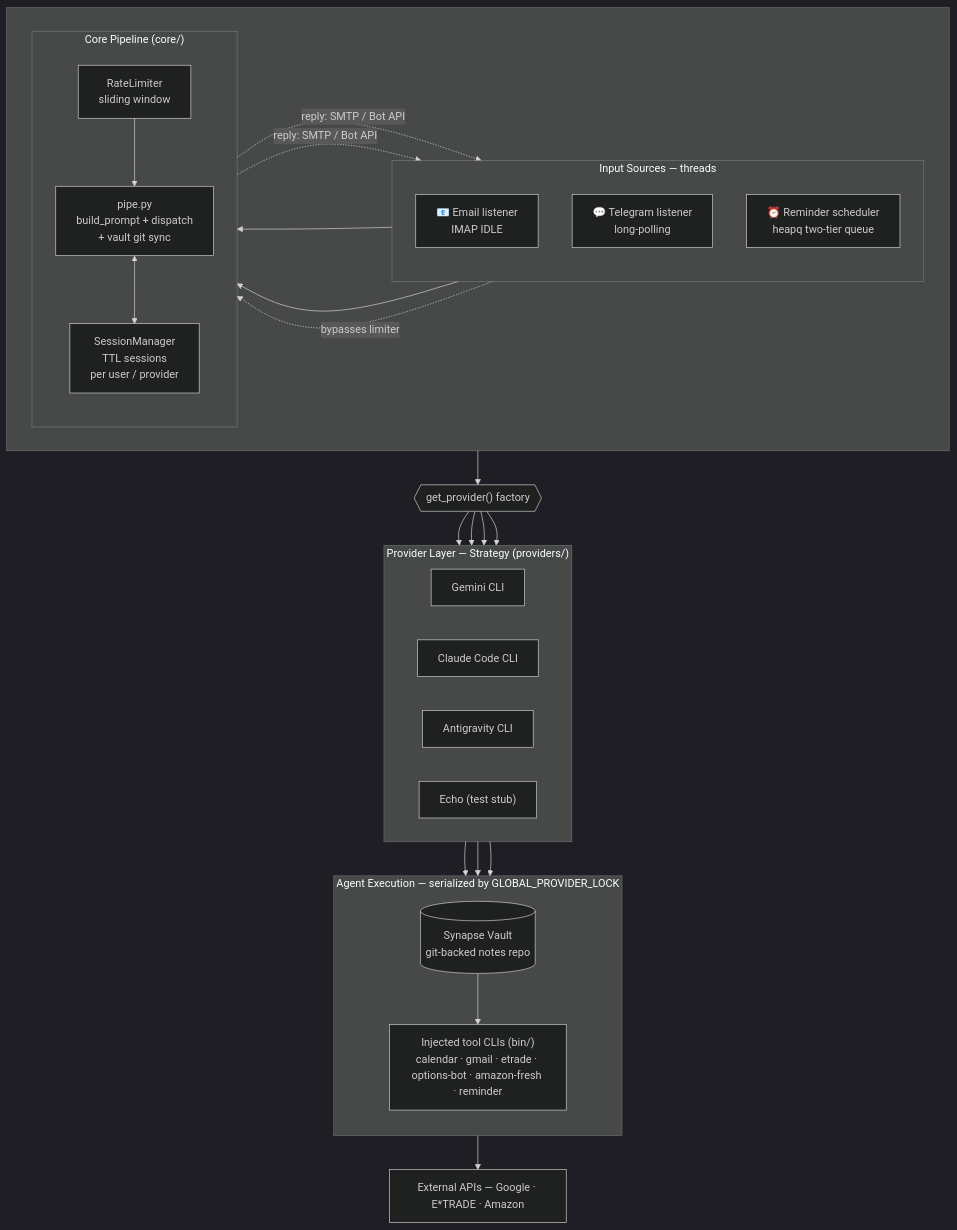
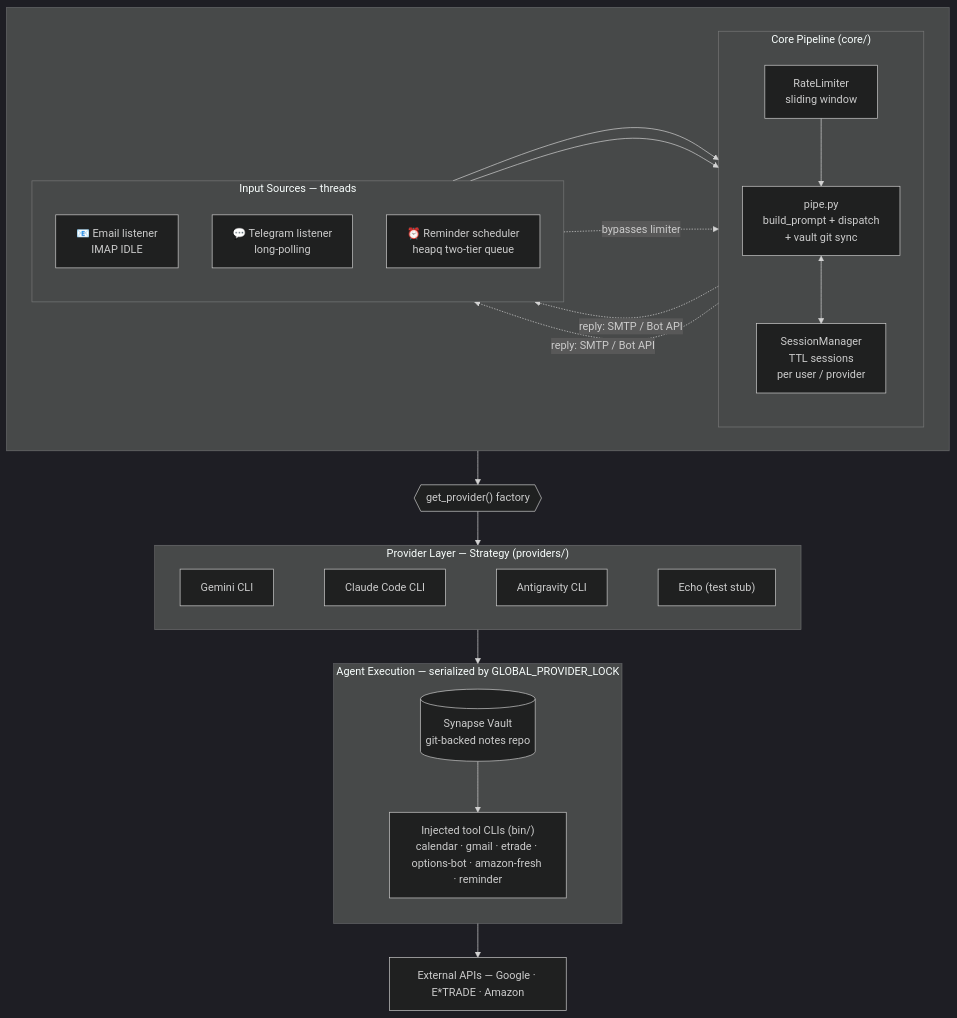
Before and after one commit to kristianolsson/synapse-engine: the diagram in README.md, drawn with Mermaid (dark theme).

Commit message:
Fix architecture diagram layout: inputs left, core right, providers horizontal
- Swap top-row order so Input Sources sits left of Core Pipeline
- Wire factory/agent via subgraph-level edges (+ invisible node chain)
  so the Provider Layer CLIs lay out horizontally instead of stacking
Verified via mermaid-cli render before commit.

````diff
--- a/README.md
+++ b/README.md
@@ -22,48 +22,49 @@
 ```mermaid
 flowchart TB
     subgraph top[" "]
         direction LR
-        subgraph inputs["Input Sources — threads"]
-            direction TB
-            EM["📧 Email listener<br/>IMAP IDLE"]
-            TG["💬 Telegram listener<br/>long-polling"]
-            SC["⏰ Reminder scheduler<br/>heapq two-tier queue"]
-        end
         subgraph core["Core Pipeline (core/)"]
             direction TB
             RL["RateLimiter<br/>sliding window"]
             PIPE["pipe.py<br/>build_prompt + dispatch<br/>+ vault git sync"]
             SM["SessionManager<br/>TTL sessions<br/>per user / provider"]
             RL --> PIPE
             PIPE <--> SM
+        end
+        subgraph inputs["Input Sources — threads"]
+            direction TB
+            EM["📧 Email listener<br/>IMAP IDLE"]
+            TG["💬 Telegram listener<br/>long-polling"]
+            SC["⏰ Reminder scheduler<br/>heapq two-tier queue"]
         end
     end
 
     FACT{{"get_provider() factory"}}
 
     subgraph prov["Provider Layer — Strategy (providers/)"]
         direction LR
         GEM["Gemini CLI"]
         CLA["Claude Code CLI"]
         AGY["Antigravity CLI"]
         ECHO["Echo (test stub)"]
+        GEM ~~~ CLA ~~~ AGY ~~~ ECHO
     end
 
     subgraph exec["Agent Execution — serialized by GLOBAL_PROVIDER_LOCK"]
         direction TB
         VAULT[("Synapse Vault<br/>git-backed notes repo")]
         TOOLS["Injected tool CLIs (bin/)<br/>calendar · gmail · etrade · options-bot · amazon-fresh · reminder"]
         VAULT --> TOOLS
     end
 
     EXT["External APIs — Google · E*TRADE · Amazon"]
 
     EM --> RL
     TG --> RL
     SC -. "bypasses limiter" .-> PIPE
-    PIPE --> FACT
-    FACT --> GEM & CLA & AGY & ECHO
-    GEM & CLA & AGY --> VAULT
+    core --> FACT
+    FACT --> prov
+    prov --> exec
     TOOLS --> EXT
     PIPE -. "reply: SMTP / Bot API" .-> EM & TG
 ```
````
